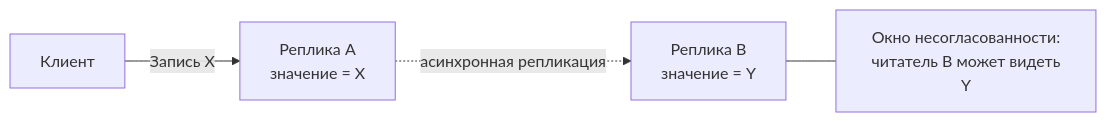
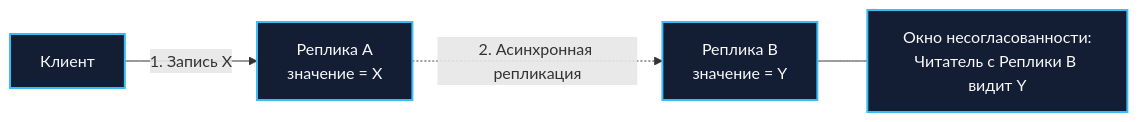
One commit to UnrealTemplier/go-textbook changed the second of 3 diagrams in sources/11. Архитектура и System Design/29. Consistency модели. Strong, Eventual, Causal.md. Above: the diagram before and after it, drawn with Mermaid. The commit also changed other lines of this file, not shown here.

````diff
--- a/sources/11. Архитектура и System Design/29. Consistency модели. Strong, Eventual, Causal.md
+++ b/sources/11. Архитектура и System Design/29. Consistency модели. Strong, Eventual, Causal.md
@@ -52,11 +113,14 @@
 ```mermaid
 flowchart LR
     Client["Клиент"]
     Node1["Реплика A<br>значение = X"]
     Node2["Реплика B<br>значение = Y"]
 
-    Client -->|"Запись X"| Node1
-    Node1 -.->|"асинхронная репликация"| Node2
-    Note[Окно несогласованности:<br> читатель B может видеть Y] 
+    Client -->|"1. Запись X"| Node1
+    Node1 -.->|"2. Асинхронная репликация"| Node2
+    Note["Окно несогласованности:<br>Читатель с Реплики B видит Y"] 
     Node2 --- Note
+
+    classDef node fill:#131d33,stroke:#38bdf8,stroke-width:2px,color:#f8fafc;
+    class Client,Node1,Node2 node;
 ```
````
